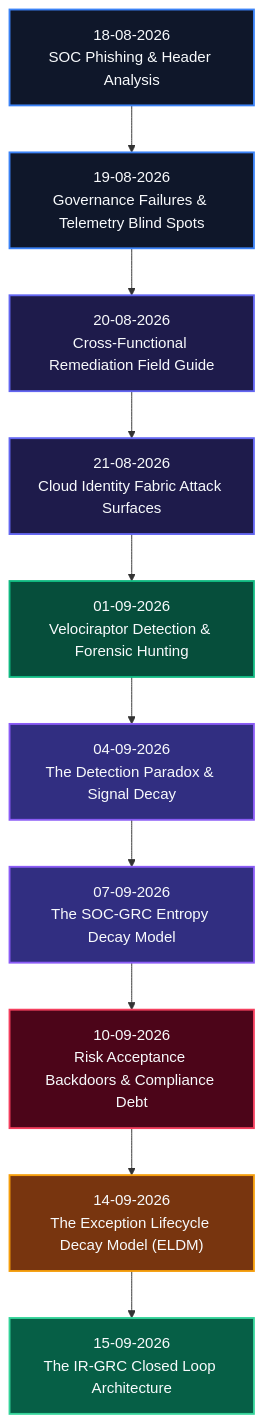
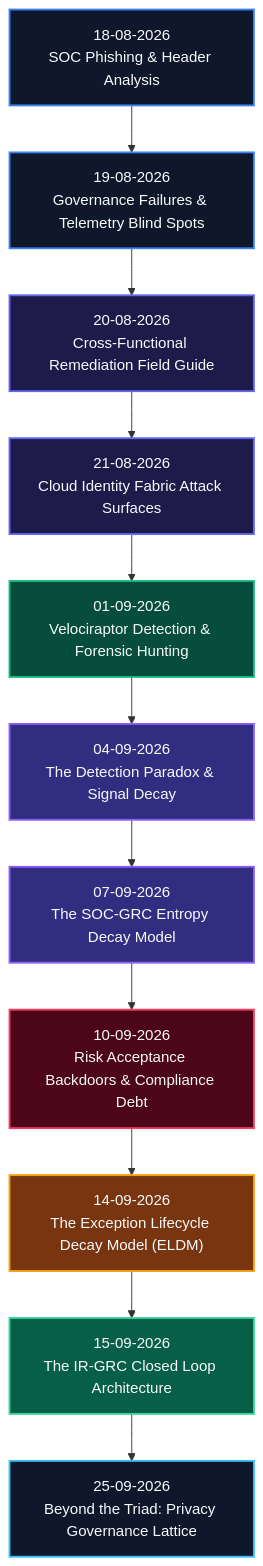
Before and after one commit to hiro001-eth/What-I-Learned-Today-on-SOC-GRC-: the diagram in README.md, drawn with Mermaid. The commit also changed other lines of this file and 1 other file, not shown here.

Commit message:
docs: add paper 11 - Beyond the Triad: Privacy Governance Lattice research supplement and update README

````diff
--- a/README.md
+++ b/README.md
@@ -32,29 +32,32 @@
 ```mermaid
 graph TD
     AUG18["18-08-2026<br/>SOC Phishing & Header Analysis"] --> AUG19["19-08-2026<br/>Governance Failures & Telemetry Blind Spots"]
     AUG19 --> AUG20["20-08-2026<br/>Cross-Functional Remediation Field Guide"]
     AUG20 --> AUG21["21-08-2026<br/>Cloud Identity Fabric Attack Surfaces"]
     AUG21 --> SEP01["01-09-2026<br/>Velociraptor Detection & Forensic Hunting"]
     SEP01 --> SEP04["04-09-2026<br/>The Detection Paradox & Signal Decay"]
     SEP04 --> SEP07["07-09-2026<br/>The SOC-GRC Entropy Decay Model"]
     SEP07 --> SEP10["10-09-2026<br/>Risk Acceptance Backdoors & Compliance Debt"]
     SEP10 --> SEP14["14-09-2026<br/>The Exception Lifecycle Decay Model (ELDM)"]
     SEP14 --> SEP15["15-09-2026<br/>The IR-GRC Closed Loop Architecture"]
+    SEP15 --> SEP25["25-09-2026<br/>Beyond the Triad: Privacy Governance Lattice"]
 
     classDef default fill:#1E293B,stroke:#475569,color:#F8FAFC,stroke-width:1px;
     classDef foundation fill:#0F172A,stroke:#3B82F6,color:#F8FAFC,stroke-width:2px;
     classDef telemetry fill:#1E1B4B,stroke:#6366F1,color:#F8FAFC,stroke-width:2px;
     classDef forensics fill:#064E3B,stroke:#10B981,color:#F8FAFC,stroke-width:2px;
     classDef theoretical fill:#312E81,stroke:#8B5CF6,color:#F8FAFC,stroke-width:2px;
     classDef critical fill:#4C0519,stroke:#F43F5E,color:#F8FAFC,stroke-width:2px;
     classDef new fill:#78350F,stroke:#F59E0B,color:#F8FAFC,stroke-width:2px;
     classDef conclusion fill:#065F46,stroke:#34D399,color:#F8FAFC,stroke-width:2px;
+    classDef supplement fill:#0F172A,stroke:#38BDF8,color:#F8FAFC,stroke-width:2px;
 
     class AUG18,AUG19 foundation;
     class AUG20,AUG21 telemetry;
     class SEP01 forensics;
     class SEP04,SEP07 theoretical;
     class SEP10 critical;
     class SEP14 new;
     class SEP15 conclusion;
+    class SEP25 supplement;
 ```
````
